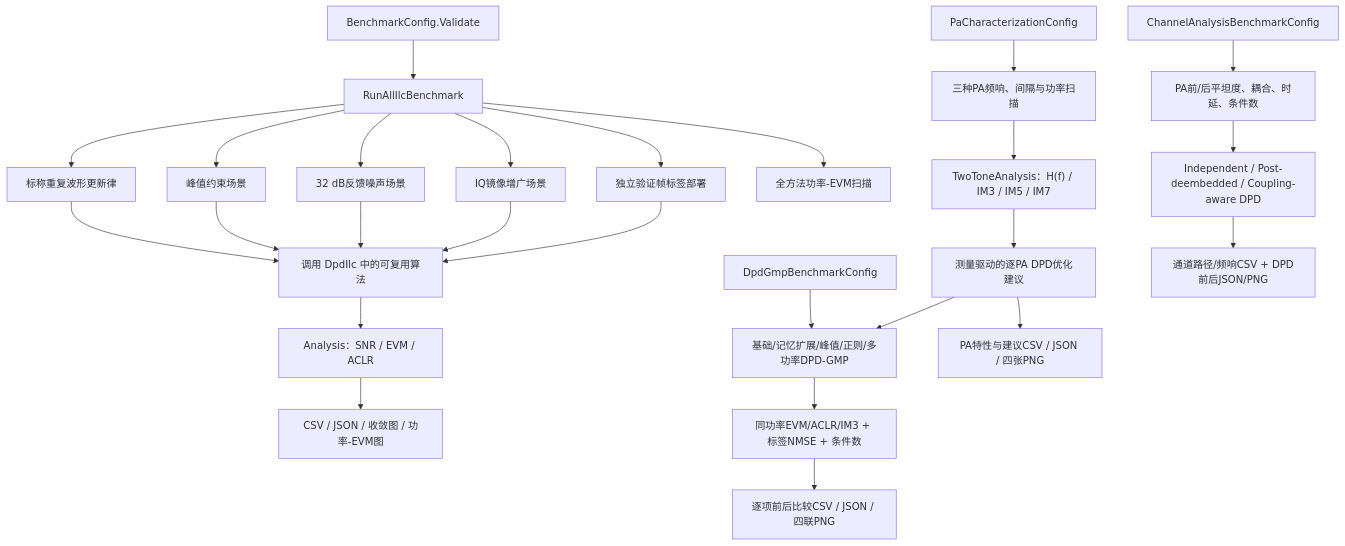
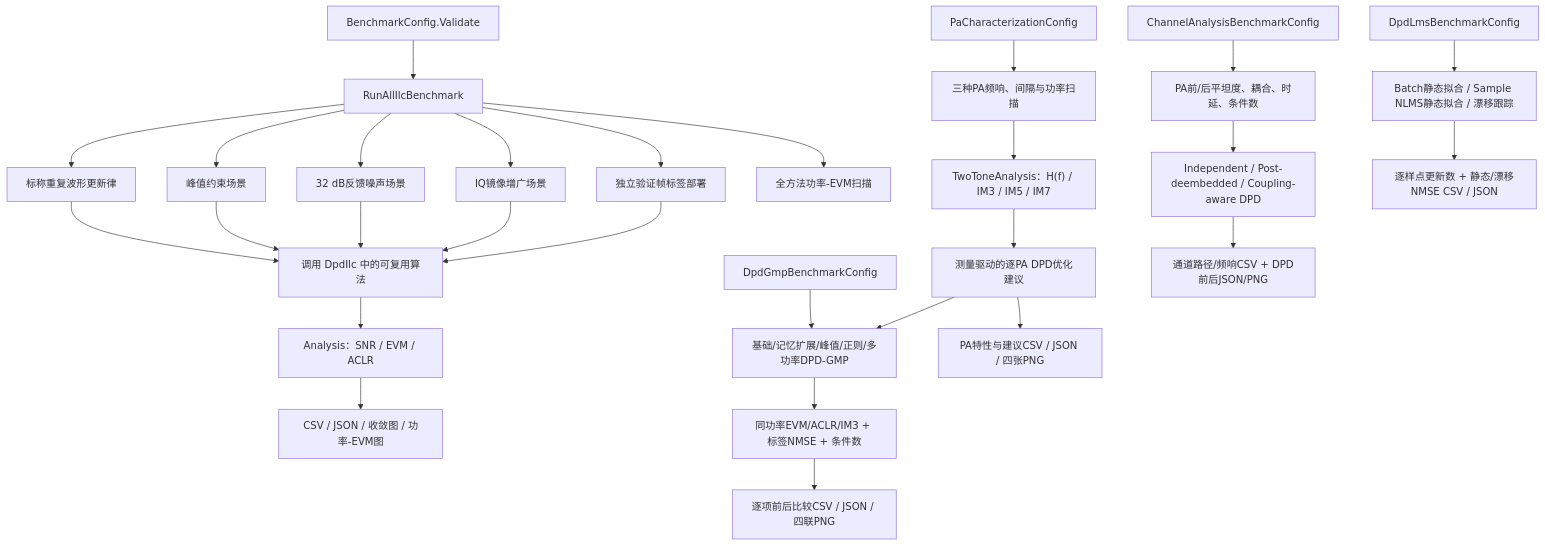
Before and after one commit to niyilu45/DPD_ILC: diagram 16 of 20 in README.md, drawn with Mermaid. The commit also changed other lines of this file and 9 other files, not shown here.

Commit message:
Add sample-by-sample DPD LMS

````diff
--- a/README.md
+++ b/README.md
@@ -744,28 +805,30 @@
 ```mermaid
 flowchart TD
     config["BenchmarkConfig.Validate"] --> benchmark["RunAllIlcBenchmark"]
     benchmark --> nominal["标称重复波形更新律"]
     benchmark --> constrained["峰值约束场景"]
     benchmark --> noisy["32 dB反馈噪声场景"]
     benchmark --> iq["IQ镜像增广场景"]
     benchmark --> heldout["独立验证帧标签部署"]
     benchmark --> power["全方法功率-EVM扫描"]
     paCharacterization["PaCharacterizationConfig"] --> paSweep["三种PA频响、间隔与功率扫描"]
     dpdGmpConfig["DpdGmpBenchmarkConfig"] --> dpdStages["基础/记忆扩展/峰值/正则/多功率DPD-GMP"]
+    dpdLmsConfig["DpdLmsBenchmarkConfig"] --> dpdLmsCompare["Batch静态拟合 / Sample NLMS静态拟合 / 漂移跟踪"]
     channelConfig["ChannelAnalysisBenchmarkConfig"] --> channelMeasure["PA前/后平坦度、耦合、时延、条件数"]
     channelMeasure --> coupledDpd["Independent / Post-deembedded / Coupling-aware DPD"]
     nominal --> algorithms["调用 DpdIlc 中的可复用算法"]
     constrained --> algorithms
     noisy --> algorithms
     iq --> algorithms
     heldout --> algorithms
     algorithms --> analysis["Analysis：SNR / EVM / ACLR"]
     analysis --> report["CSV / JSON / 收敛图 / 功率-EVM图"]
     paSweep --> toneAnalysis["TwoToneAnalysis：H(f) / IM3 / IM5 / IM7"]
     toneAnalysis --> paAdvice["测量驱动的逐PA DPD优化建议"]
     paAdvice --> dpdStages
     dpdStages --> dpdMetrics["同功率EVM/ACLR/IM3 + 标签NMSE + 条件数"]
     dpdMetrics --> dpdReport["逐项前后比较CSV / JSON / 四联PNG"]
+    dpdLmsCompare --> dpdLmsReport["逐样点更新数 + 静态/漂移NMSE CSV / JSON"]
     coupledDpd --> channelReport["通道路径/频响CSV + DPD前后JSON/PNG"]
     paAdvice --> paReport["PA特性与建议CSV / JSON / 四张PNG"]
 ```
````
